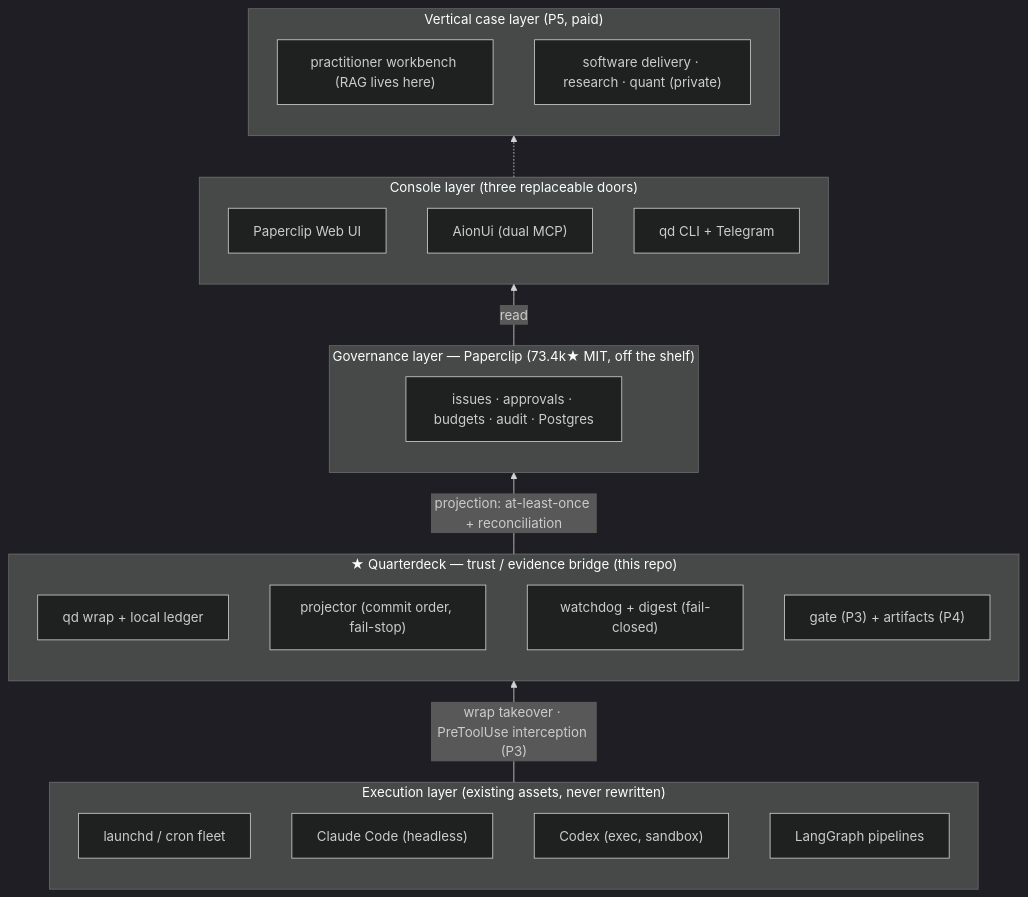
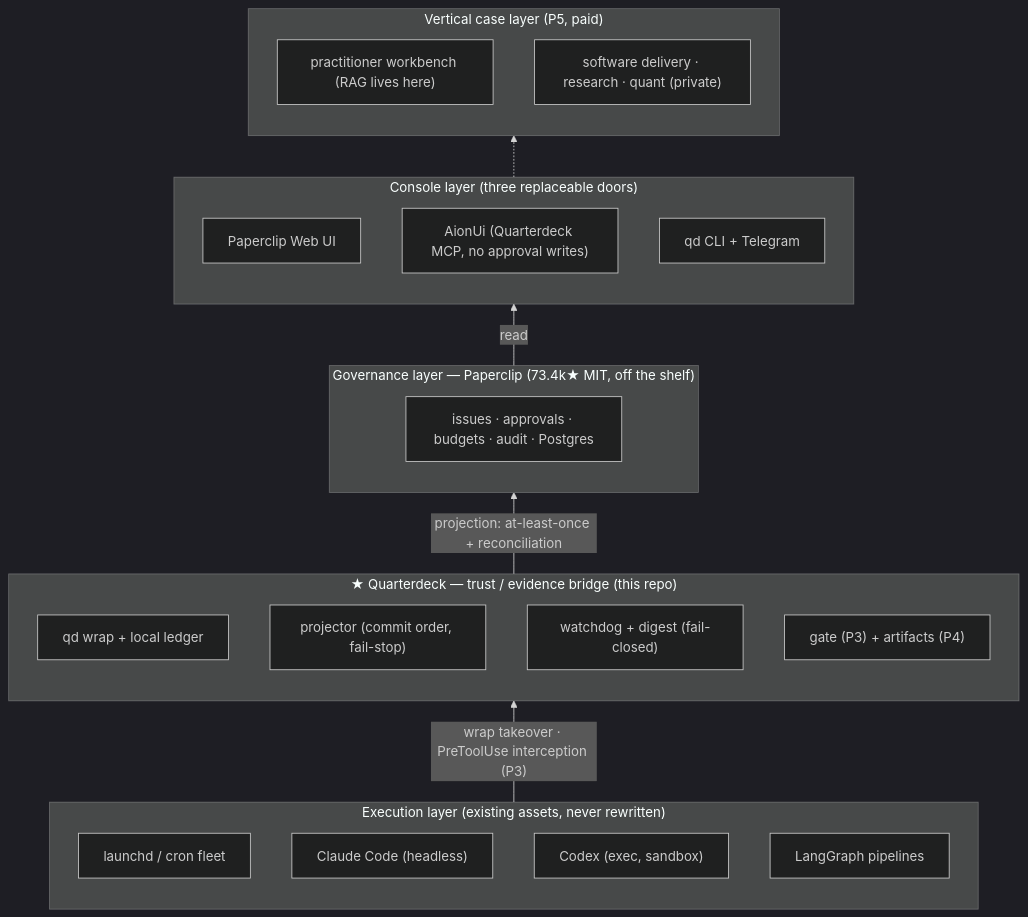
One commit to opswitness/opswitness changed the diagram in docs/ARCHITECTURE.md. Above: the diagram before and after it, drawn with Mermaid (dark theme). The commit also changed other lines of this file and 4 other files, not shown here.

Commit message:
docs: keep AionUi approval surface fail closed

````diff
--- a/docs/ARCHITECTURE.md
+++ b/docs/ARCHITECTURE.md
@@ -13,31 +13,31 @@
 ```mermaid
 flowchart BT
     subgraph E["Execution layer (existing assets, never rewritten)"]
         E1["launchd / cron fleet"]
         E2["Claude Code (headless)"]
         E3["Codex (exec, sandbox)"]
         E4["LangGraph pipelines"]
     end
     subgraph Q["★ Quarterdeck — trust / evidence bridge (this repo)"]
         Q1["qd wrap + local ledger"]
         Q2["projector (commit order, fail-stop)"]
         Q3["watchdog + digest (fail-closed)"]
         Q4["gate (P3) + artifacts (P4)"]
     end
     subgraph P["Governance layer — Paperclip (73.4k★ MIT, off the shelf)"]
         P1["issues · approvals · budgets · audit · Postgres"]
     end
     subgraph C["Console layer (three replaceable doors)"]
         C1["Paperclip Web UI"]
-        C2["AionUi (dual MCP)"]
+        C2["AionUi (Quarterdeck MCP, no approval writes)"]
         C3["qd CLI + Telegram"]
     end
     subgraph V["Vertical case layer (P5, paid)"]
         V1["practitioner workbench (RAG lives here)"]
         V2["software delivery · research · quant (private)"]
     end
     E -->|"wrap takeover · PreToolUse interception (P3)"| Q
     Q -->|"projection: at-least-once + reconciliation"| P
     P -->|read| C
     C -.-> V
 ```
````
